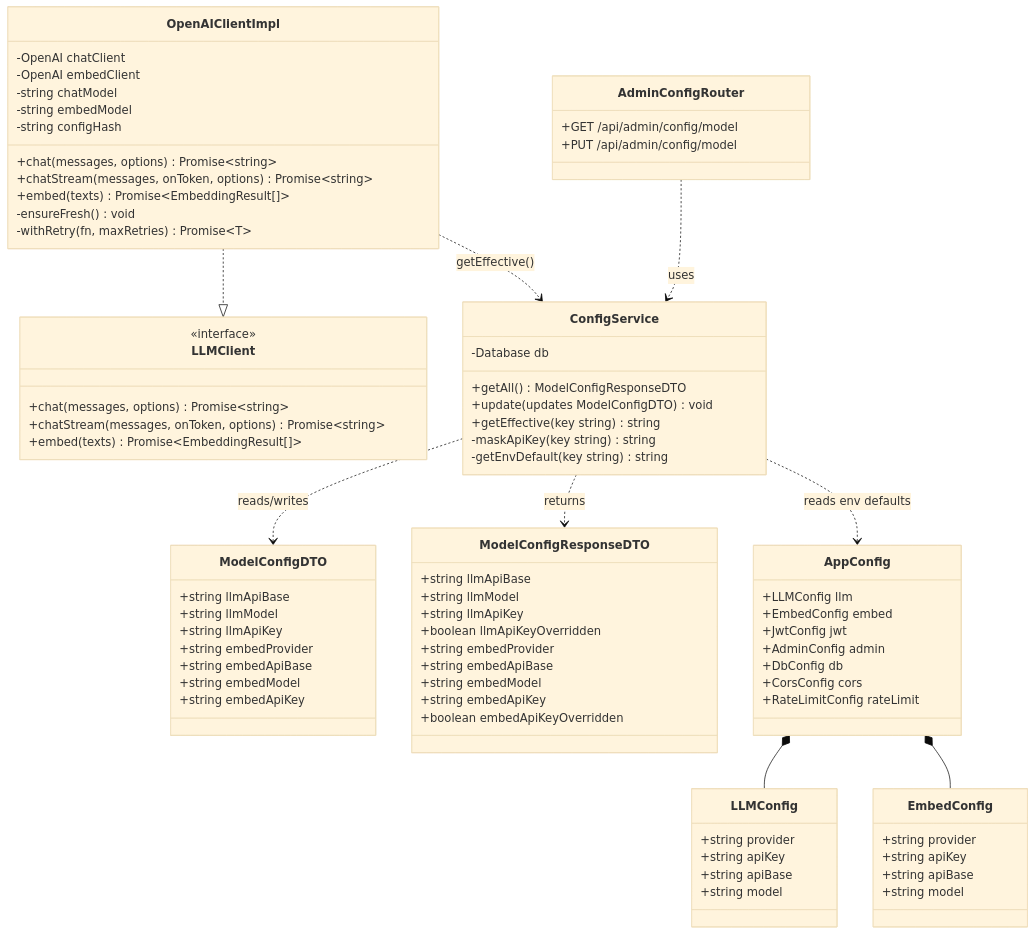
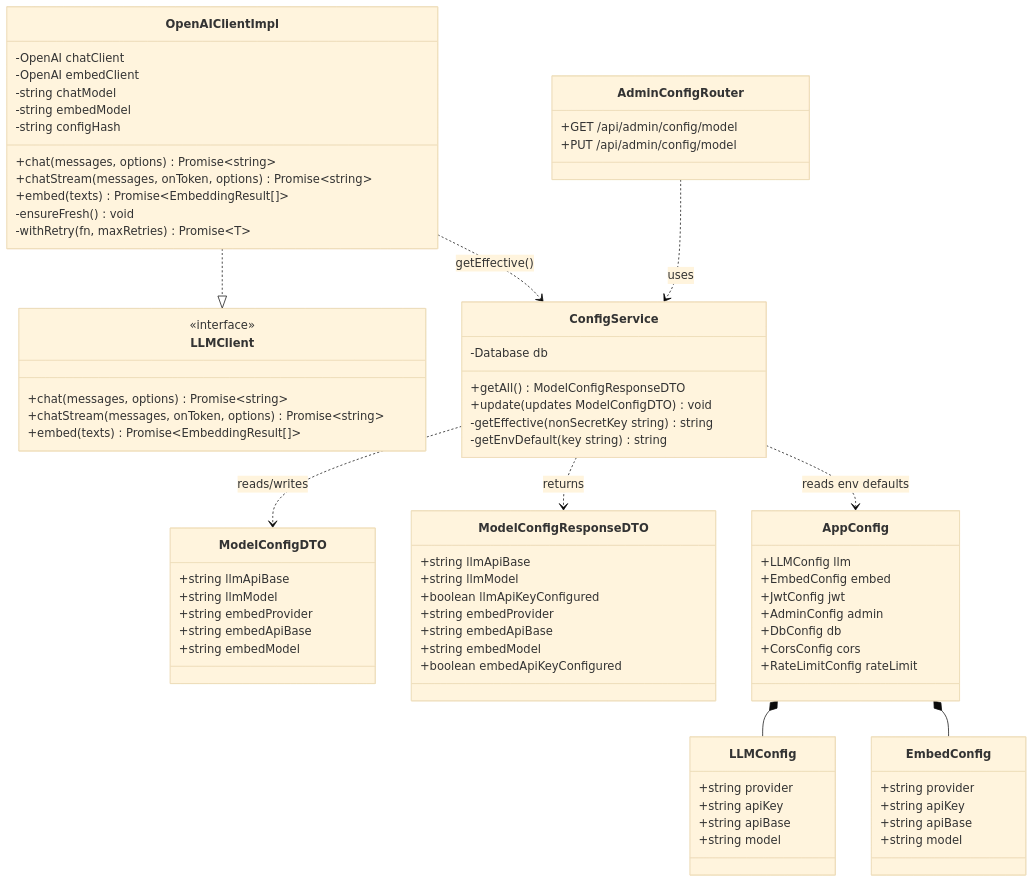
Before and after one commit to Rcloudso/smart-customer-service-ai: the first of 5 diagrams in docs/system_design.md, drawn with Mermaid (base theme). The commit also changed other lines of this file and 19 other files, not shown here.

```diff
--- a/docs/system_design.md
+++ b/docs/system_design.md
@@ -118,23 +118,19 @@
     class ModelConfigDTO {
         +string llmApiBase
         +string llmModel
-        +string llmApiKey
         +string embedProvider
         +string embedApiBase
         +string embedModel
-        +string embedApiKey
     }
 
     class ModelConfigResponseDTO {
         +string llmApiBase
         +string llmModel
-        +string llmApiKey
-        +boolean llmApiKeyOverridden
+        +boolean llmApiKeyConfigured
         +string embedProvider
         +string embedApiBase
         +string embedModel
-        +string embedApiKey
-        +boolean embedApiKeyOverridden
+        +boolean embedApiKeyConfigured
     }
 
     %% ── Service ──
@@ -142,8 +138,7 @@
         -Database db
         +getAll() ModelConfigResponseDTO
         +update(updates ModelConfigDTO) void
-        +getEffective(key string) string
-        -maskApiKey(key string) string
+        -getEffective(nonSecretKey string) string
         -getEnvDefault(key string) string
     }
 
```
